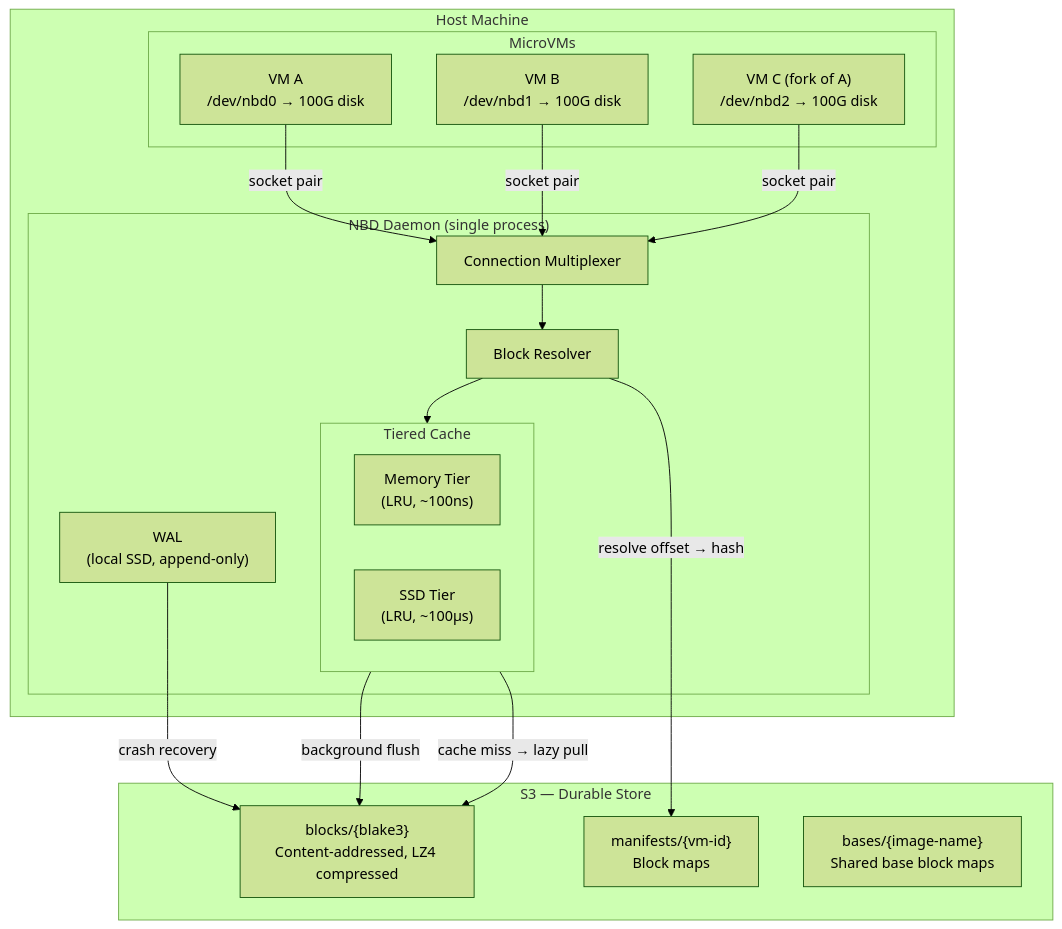
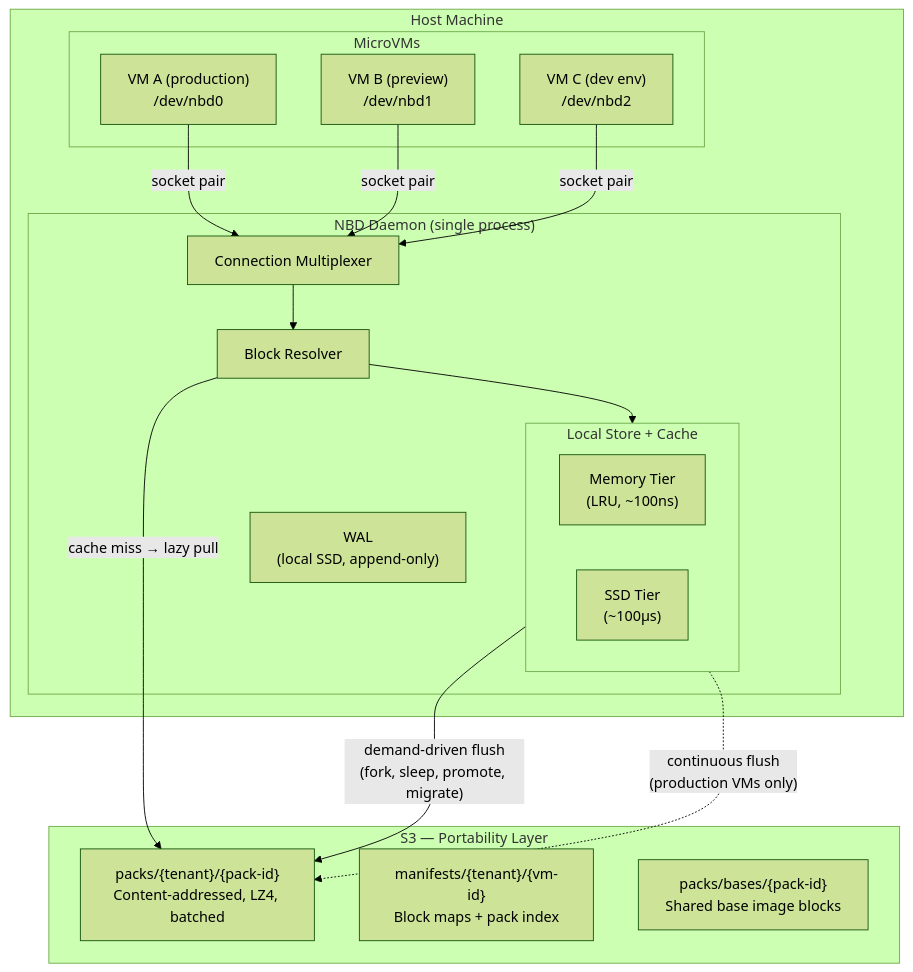
Before and after one commit to paraglidehq/glidefs: the first of 13 diagrams in GLIDEv2.md, drawn with Mermaid (forest theme). The commit also changed other lines of this file, not shown here.

````diff
--- a/GLIDEv2.md
+++ b/GLIDEv2.md
@@ -59,37 +59,36 @@
 ```mermaid
 graph TB
     subgraph Host["Host Machine"]
         subgraph VMs["MicroVMs"]
-            VM1["VM A<br/>/dev/nbd0 → 100G disk"]
-            VM2["VM B<br/>/dev/nbd1 → 100G disk"]
-            VM3["VM C (fork of A)<br/>/dev/nbd2 → 100G disk"]
+            VM1["VM A (production)<br/>/dev/nbd0"]
+            VM2["VM B (preview)<br/>/dev/nbd1"]
+            VM3["VM C (dev env)<br/>/dev/nbd2"]
         end
 
         subgraph NBD["NBD Daemon (single process)"]
             MUX["Connection Multiplexer"]
             BR["Block Resolver"]
             WAL["WAL<br/>(local SSD, append-only)"]
-            subgraph CACHE["Tiered Cache"]
+            subgraph CACHE["Local Store + Cache"]
                 MEM["Memory Tier<br/>(LRU, ~100ns)"]
-                SSD["SSD Tier<br/>(LRU, ~100μs)"]
+                SSD["SSD Tier<br/>(~100μs)"]
             end
         end
 
         VM1 -->|"socket pair"| MUX
         VM2 -->|"socket pair"| MUX
         VM3 -->|"socket pair"| MUX
         MUX --> BR
         BR --> CACHE
     end
 
-    subgraph S3["S3 — Durable Store"]
-        BLOCKS["blocks/{blake3}<br/>Content-addressed, LZ4 compressed"]
-        MANIFESTS["manifests/{vm-id}<br/>Block maps"]
-        BASES["bases/{image-name}<br/>Shared base block maps"]
+    subgraph S3["S3 — Portability Layer"]
+        PACKS["packs/{tenant}/{pack-id}<br/>Content-addressed, LZ4, batched"]
+        MANIFESTS["manifests/{tenant}/{vm-id}<br/>Block maps + pack index"]
+        BASES["packs/bases/{pack-id}<br/>Shared base image blocks"]
     end
 
-    CACHE -->|"background flush"| BLOCKS
-    BR -->|"resolve offset → hash"| MANIFESTS
-    CACHE -->|"cache miss → lazy pull"| BLOCKS
-    WAL -->|"crash recovery"| BLOCKS
+    CACHE -->|"demand-driven flush<br/>(fork, sleep, promote, migrate)"| PACKS
+    BR -->|"cache miss → lazy pull"| PACKS
+    CACHE -.->|"continuous flush<br/>(production VMs only)"| PACKS
 ```
````
